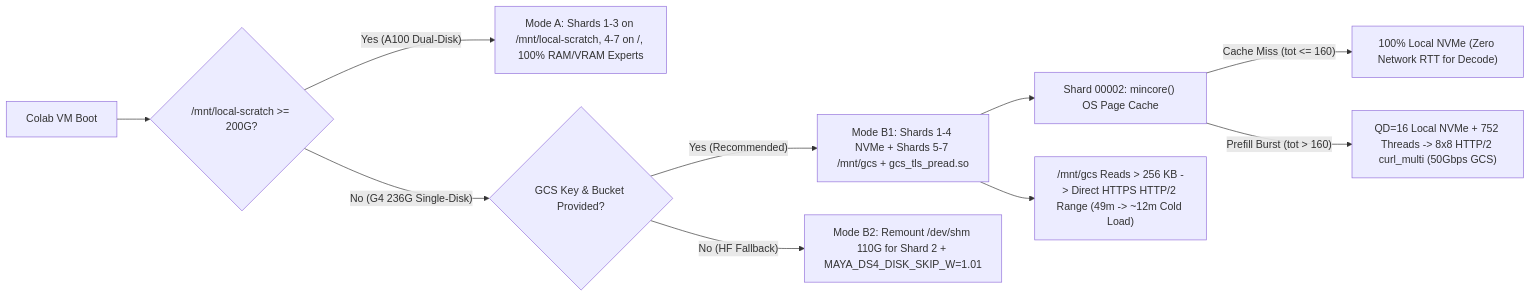
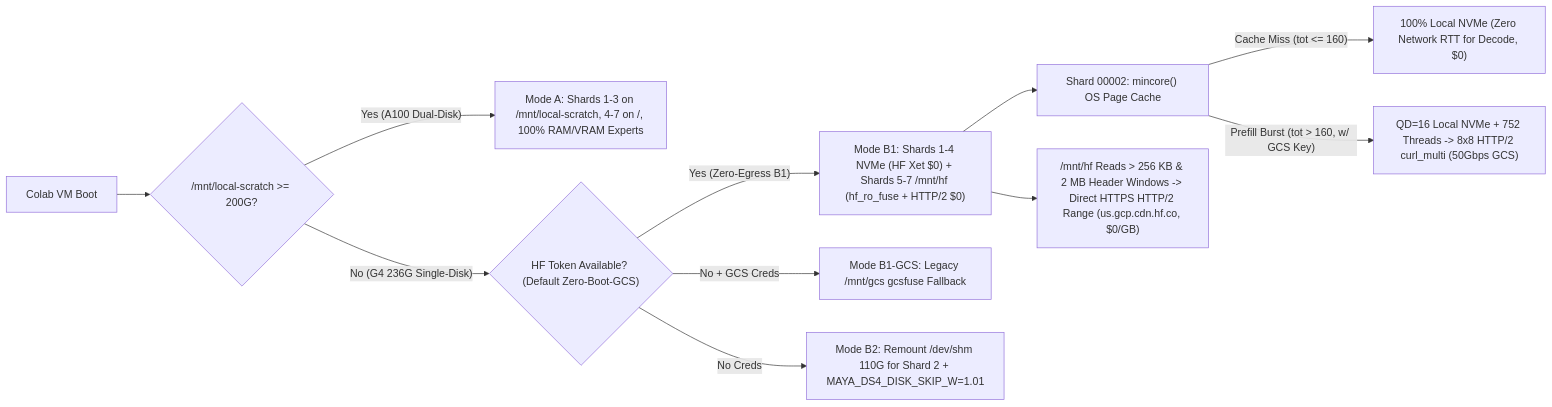
Before and after one commit to peterhon168/colab-maya-ds4-256g: the diagram in README.md, drawn with Mermaid. The commit also changed other lines of this file and 7 other files, not shown here.

Commit message:
feat(g4): eliminate cold-boot GCS egress via hf_ro_fuse and HF Xet

````diff
--- a/README.md
+++ b/README.md
@@ -13,12 +13,13 @@
 ```mermaid
 flowchart LR
     VM["Colab VM Boot"] --> CHECK{"/mnt/local-scratch >= 200G?"}
     CHECK -- "Yes (A100 Dual-Disk)" --> MODEA["Mode A: Shards 1-3 on /mnt/local-scratch, 4-7 on /, 100% RAM/VRAM Experts"]
-    CHECK -- "No (G4 236G Single-Disk)" --> GCSCHK{"GCS Key & Bucket Provided?"}
-    GCSCHK -- "Yes (Recommended)" --> MODEB1["Mode B1: Shards 1-4 NVMe + Shards 5-7 /mnt/gcs + gcs_tls_pread.so"]
-    GCSCHK -- "No (HF Fallback)" --> MODEB2["Mode B2: Remount /dev/shm 110G for Shard 2 + MAYA_DS4_DISK_SKIP_W=1.01"]
+    CHECK -- "No (G4 236G Single-Disk)" --> HFCHK{"HF Token Available? (Default Zero-Boot-GCS)"}
+    HFCHK -- "Yes (Zero-Egress B1)" --> MODEB1["Mode B1: Shards 1-4 NVMe (HF Xet $0) + Shards 5-7 /mnt/hf (hf_ro_fuse + HTTP/2 $0)"]
+    HFCHK -- "No + GCS Creds" --> MODEGCS["Mode B1-GCS: Legacy /mnt/gcs gcsfuse Fallback"]
+    HFCHK -- "No Creds" --> MODEB2["Mode B2: Remount /dev/shm 110G for Shard 2 + MAYA_DS4_DISK_SKIP_W=1.01"]
     MODEB1 --> TIER1["Shard 00002: mincore() OS Page Cache"]
-    TIER1 -- "Cache Miss (tot <= 160)" --> NVME["100% Local NVMe (Zero Network RTT for Decode)"]
-    TIER1 -- "Prefill Burst (tot > 160)" --> SPLIT["QD=16 Local NVMe + 752 Threads -> 8x8 HTTP/2 curl_multi (50Gbps GCS)"]
-    MODEB1 --> COLD["/mnt/gcs Reads > 256 KB -> Direct HTTPS HTTP/2 Range (49m -> ~12m Cold Load)"]
+    TIER1 -- "Cache Miss (tot <= 160)" --> NVME["100% Local NVMe (Zero Network RTT for Decode, $0)"]
+    TIER1 -- "Prefill Burst (tot > 160, w/ GCS Key)" --> SPLIT["QD=16 Local NVMe + 752 Threads -> 8x8 HTTP/2 curl_multi (50Gbps GCS)"]
+    MODEB1 --> COLD["/mnt/hf Reads > 256 KB & 2 MB Header Windows -> Direct HTTPS HTTP/2 Range (us.gcp.cdn.hf.co, $0/GB)"]
 ```
````
